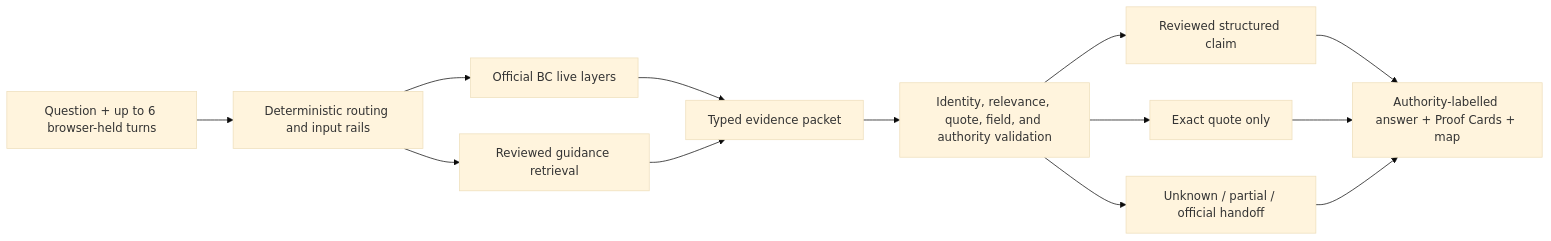
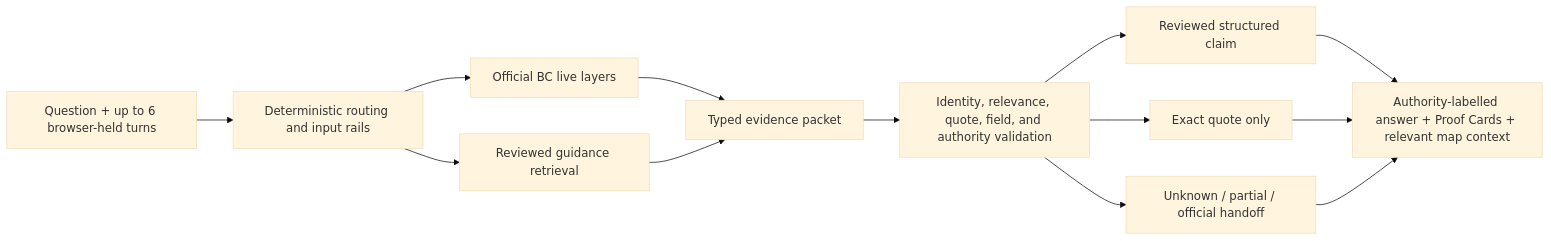
One commit to yusenrong46-afk/firelens-bc changed the diagram in README.md. Above: the diagram before and after it, drawn with Mermaid (base theme). The commit also changed other lines of this file and 26 other files, not shown here.

````diff
--- a/README.md
+++ b/README.md
@@ -97,15 +98,15 @@
 ```mermaid
 flowchart LR
     Q["Question + up to 6 browser-held turns"] --> R["Deterministic routing and input rails"]
     R --> L["Official BC live layers"]
     R --> G["Reviewed guidance retrieval"]
     L --> P["Typed evidence packet"]
     G --> P
     P --> V["Identity, relevance, quote, field, and authority validation"]
     V --> S["Reviewed structured claim"]
     V --> X["Exact quote only"]
     V --> U["Unknown / partial / official handoff"]
-    S --> UI["Authority-labelled answer + Proof Cards + map"]
+    S --> UI["Authority-labelled answer + Proof Cards + relevant map context"]
     X --> UI
     U --> UI
 ```
````
